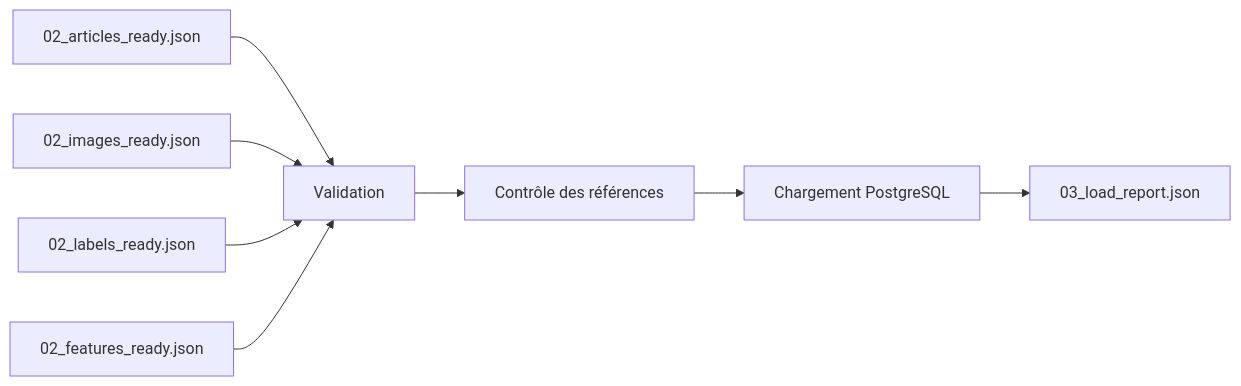
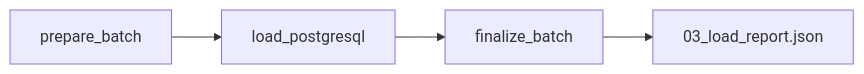
Before and after one commit to gonzalezcourrier34-glitch/checkit_ai: the diagram in docs/06_dag/04_load.md, drawn with Mermaid. The commit also changed other lines of this file and 51 other files, not shown here.

````diff
--- a/docs/06_dag/04_load.md
+++ b/docs/06_dag/04_load.md
@@ -32,25 +37,11 @@
 ```mermaid
 flowchart LR
 
-A[02_articles_ready.json]
+A[prepare_batch]
 
-B[02_images_ready.json]
+A --> B[load_postgresql]
 
-C[02_labels_ready.json]
+B --> C[finalize_batch]
 
-D[02_features_ready.json]
-
-A --> E[Validation]
-
-B --> E
-
-C --> E
-
-D --> E
-
-E --> F[Contrôle des références]
-
-F --> G[Chargement PostgreSQL]
-
-G --> H[03_load_report.json]
+C --> D[03_load_report.json]
 ```
````
